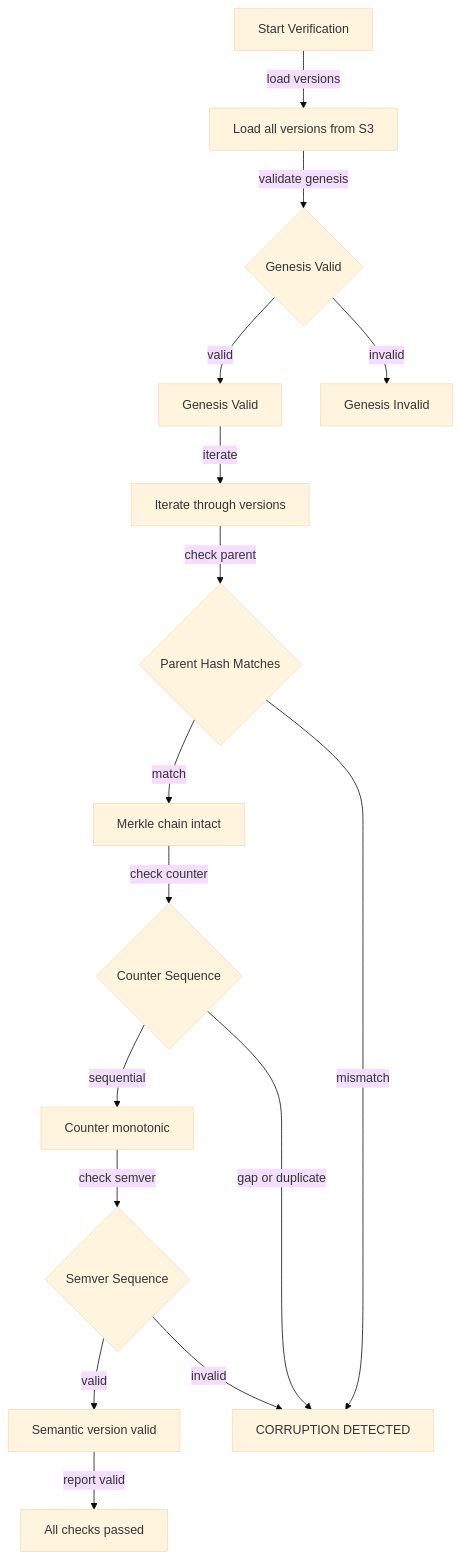
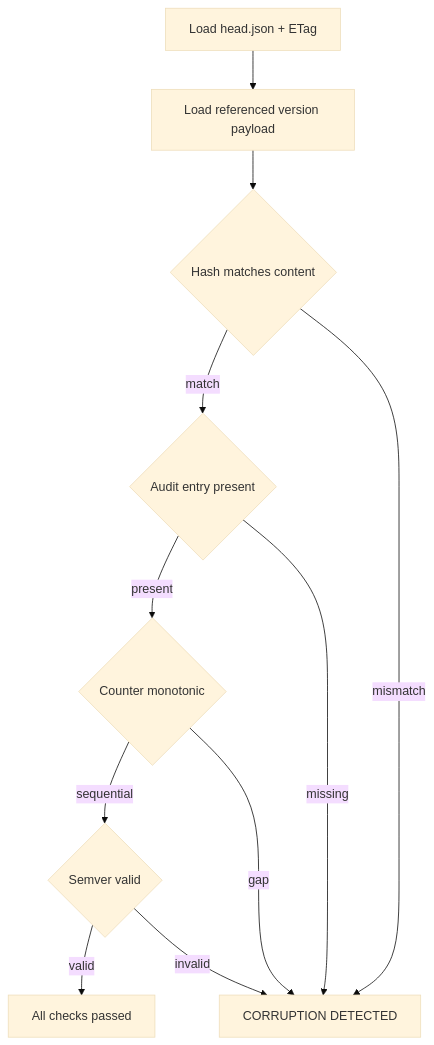
One commit to Tuee22/SpectralMC changed the third of 3 diagrams in documents/engineering/blockchain_storage.md. Above: the diagram before and after it, drawn with Mermaid (base theme). The commit also changed other lines of this file and 11 other files, not shown here.

````diff
--- a/documents/engineering/blockchain_storage.md
+++ b/documents/engineering/blockchain_storage.md
@@ -240,36 +252,22 @@
 ```mermaid
 flowchart TB
-  Start[Start Verification]
-  LoadVersions[Load all versions from S3]
-  CheckGenesis{Genesis Valid}
-  GenesisOK[Genesis Valid]
-  GenesisFail[Genesis Invalid]
+  Start[Load head.json + ETag]
+  LoadVersion[Load referenced version payload]
+  HashCheck{Hash matches content}
+  AuditCheck{Audit entry present}
+  CounterCheck{Counter monotonic}
+  SemverCheck{Semver valid}
+  Valid[All checks passed]
+  Invalid[CORRUPTION DETECTED]
 
-  IterateVersions[Iterate through versions]
-  CheckParentHash{Parent Hash Matches}
-  CheckCounter{Counter Sequence}
-  CheckSemver{Semver Sequence}
-
-  ParentHashOK[Merkle chain intact]
-  CounterOK[Counter monotonic]
-  SemverOK[Semantic version valid]
-
-  AllValid[All checks passed]
-  CorruptionFound[CORRUPTION DETECTED]
-
-  Start -->|load versions| LoadVersions
-  LoadVersions -->|validate genesis| CheckGenesis
-  CheckGenesis -->|valid| GenesisOK
-  CheckGenesis -->|invalid| GenesisFail
-  GenesisOK -->|iterate| IterateVersions
-  IterateVersions -->|check parent| CheckParentHash
-  CheckParentHash -->|match| ParentHashOK
-  CheckParentHash -->|mismatch| CorruptionFound
-  ParentHashOK -->|check counter| CheckCounter
-  CheckCounter -->|sequential| CounterOK
-  CheckCounter -->|gap or duplicate| CorruptionFound
-  CounterOK -->|check semver| CheckSemver
-  CheckSemver -->|valid| SemverOK
-  CheckSemver -->|invalid| CorruptionFound
-  SemverOK -->|report valid| AllValid
+  Start --> LoadVersion
+  LoadVersion --> HashCheck
+  HashCheck -->|match| AuditCheck
+  HashCheck -->|mismatch| Invalid
+  AuditCheck -->|present| CounterCheck
+  AuditCheck -->|missing| Invalid
+  CounterCheck -->|sequential| SemverCheck
+  CounterCheck -->|gap| Invalid
+  SemverCheck -->|valid| Valid
+  SemverCheck -->|invalid| Invalid
 ```
````
